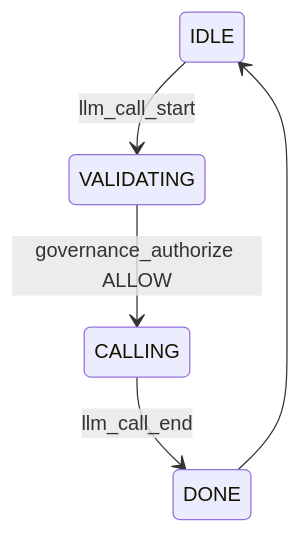
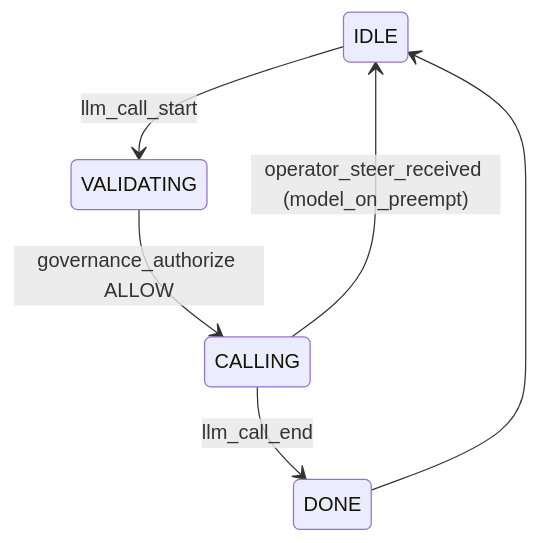
The eighth of 11 diagrams in runtime/docs/mealy-machines-guide.md (outshift-open/mas-lab), drawn with Mermaid before and after one commit. The commit also changed other lines of this file and 41 other files, not shown here.

````diff
--- a/runtime/docs/mealy-machines-guide.md
+++ b/runtime/docs/mealy-machines-guide.md
@@ -546,7 +548,8 @@
 ```mermaid
 stateDiagram-v2
   IDLE --> VALIDATING: llm_call_start
   VALIDATING --> CALLING: governance_authorize ALLOW
   CALLING --> DONE: llm_call_end
   DONE --> IDLE
+  CALLING --> IDLE: operator_steer_received (model_on_preempt)
 ```
````
